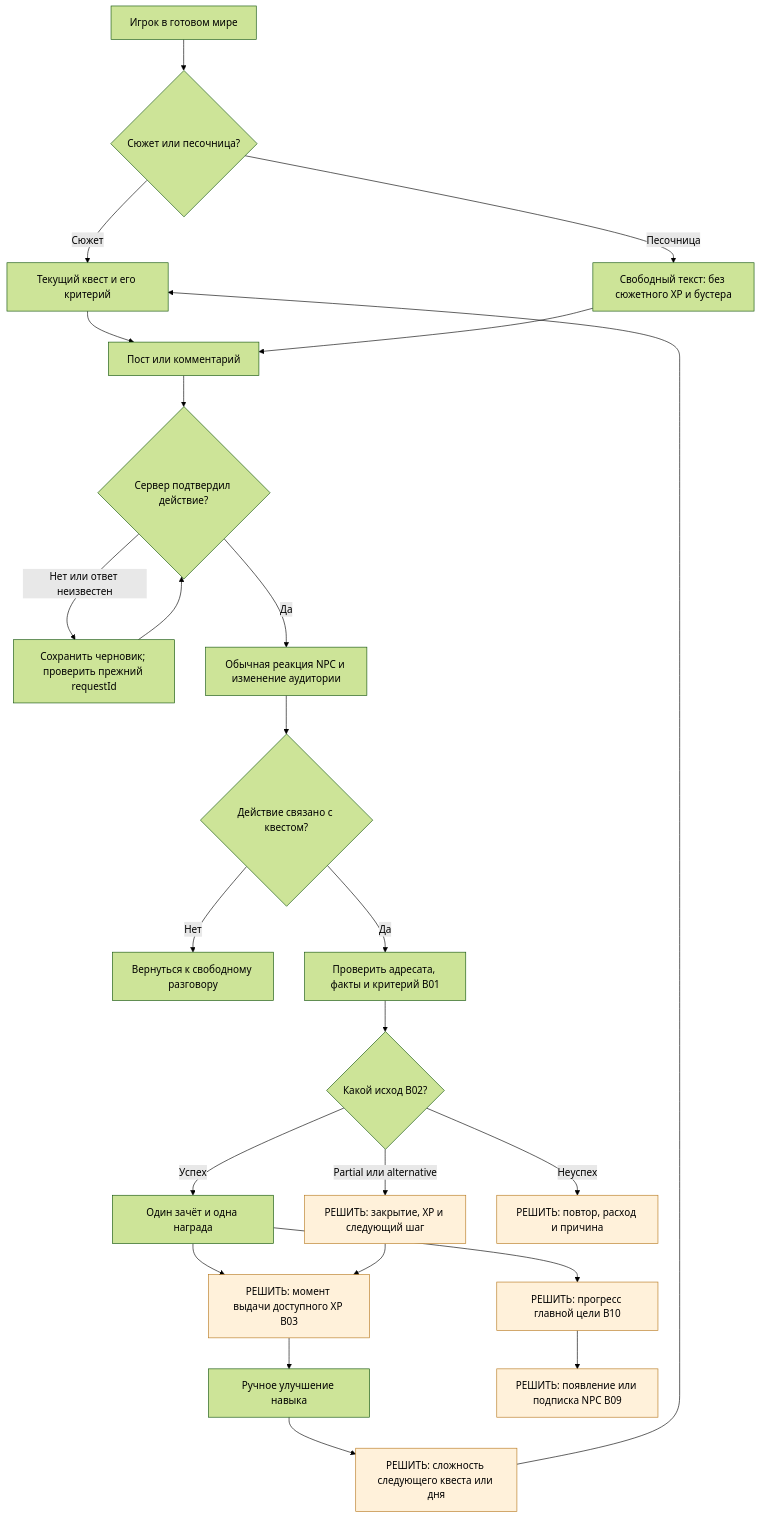
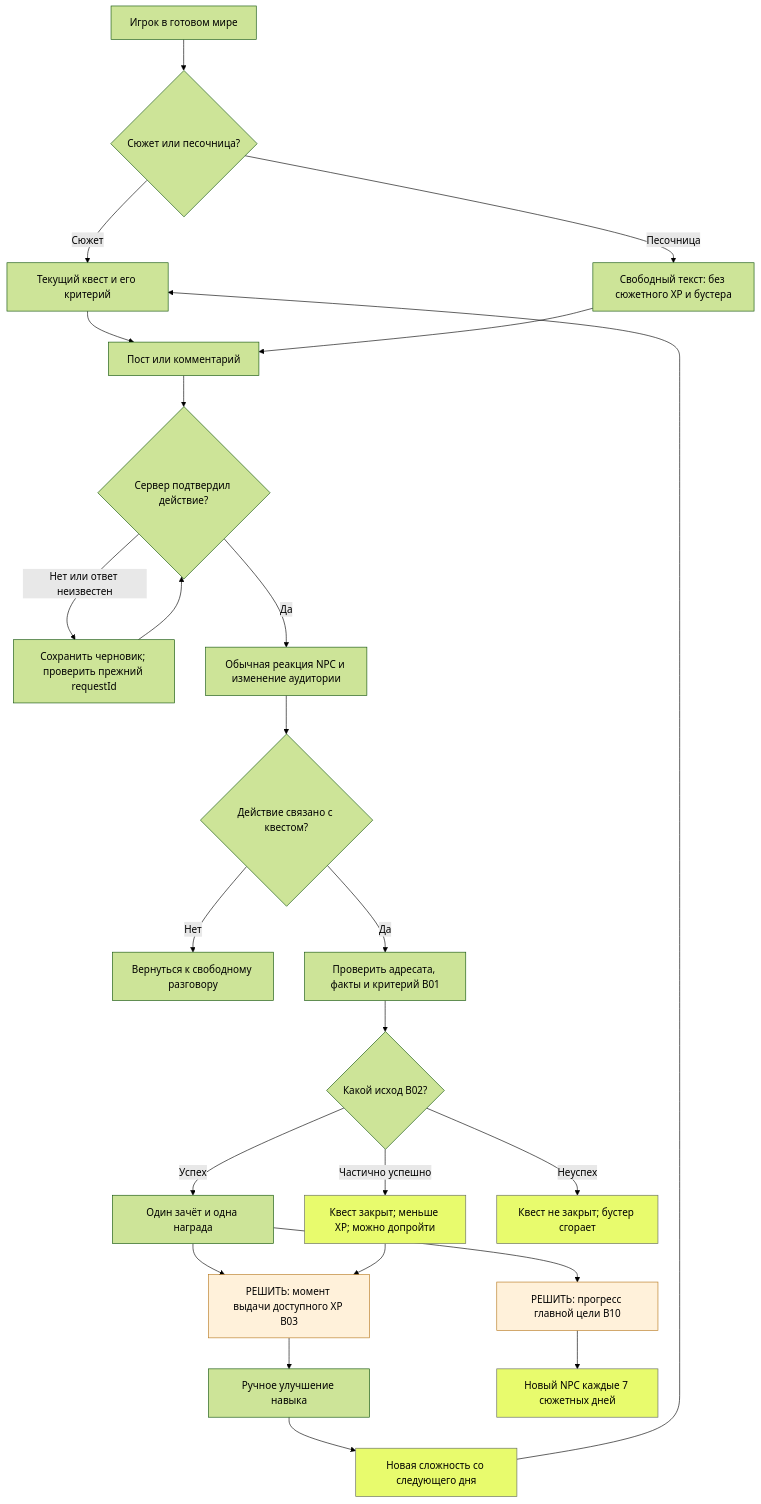
Before and after one commit to Stepami/golden-mouth: the diagram in docs/redesign/BUSINESS-DECISIONS.md, drawn with Mermaid (forest theme). The commit also changed other lines of this file and 18 other files, not shown here.

````diff
--- a/docs/redesign/BUSINESS-DECISIONS.md
+++ b/docs/redesign/BUSINESS-DECISIONS.md
@@ -11,32 +17,32 @@
 ```mermaid
 flowchart TD
     A[Игрок в готовом мире] --> B{Сюжет или песочница?}
     B -->|Сюжет| C[Текущий квест и его критерий]
     B -->|Песочница| D[Свободный текст: без сюжетного XP и бустера]
     C --> E[Пост или комментарий]
     D --> E
     E --> F{Сервер подтвердил действие?}
     F -->|Нет или ответ неизвестен| G[Сохранить черновик; проверить прежний requestId]
     G --> F
     F -->|Да| H[Обычная реакция NPC и изменение аудитории]
     H --> I{Действие связано с квестом?}
     I -->|Нет| J[Вернуться к свободному разговору]
     I -->|Да| K[Проверить адресата, факты и критерий B01]
     K --> L{Какой исход B02?}
     L -->|Успех| M[Один зачёт и одна награда]
-    L -->|Partial или alternative| N[РЕШИТЬ: закрытие, XP и следующий шаг]
-    L -->|Неуспех| O[РЕШИТЬ: повтор, расход и причина]
+    L -->|Частично успешно| N[Квест закрыт; меньше XP; можно допройти]
+    L -->|Неуспех| O[Квест не закрыт; бустер сгорает]
     M --> P[РЕШИТЬ: момент выдачи доступного XP B03]
     N --> P
     P --> Q[Ручное улучшение навыка]
-    Q --> R[РЕШИТЬ: сложность следующего квеста или дня]
+    Q --> R[Новая сложность со следующего дня]
     M --> S[РЕШИТЬ: прогресс главной цели B10]
-    S --> T[РЕШИТЬ: появление или подписка NPC B09]
+    S --> T[Новый NPC каждые 7 сюжетных дней]
     R --> C
-    style N fill:#fff1da,stroke:#b7791f
-    style O fill:#fff1da,stroke:#b7791f
+    style N fill:#e8fb6d,stroke:#626863
+    style O fill:#e8fb6d,stroke:#626863
     style P fill:#fff1da,stroke:#b7791f
-    style R fill:#fff1da,stroke:#b7791f
+    style R fill:#e8fb6d,stroke:#626863
     style S fill:#fff1da,stroke:#b7791f
-    style T fill:#fff1da,stroke:#b7791f
+    style T fill:#e8fb6d,stroke:#626863
 ```
````
